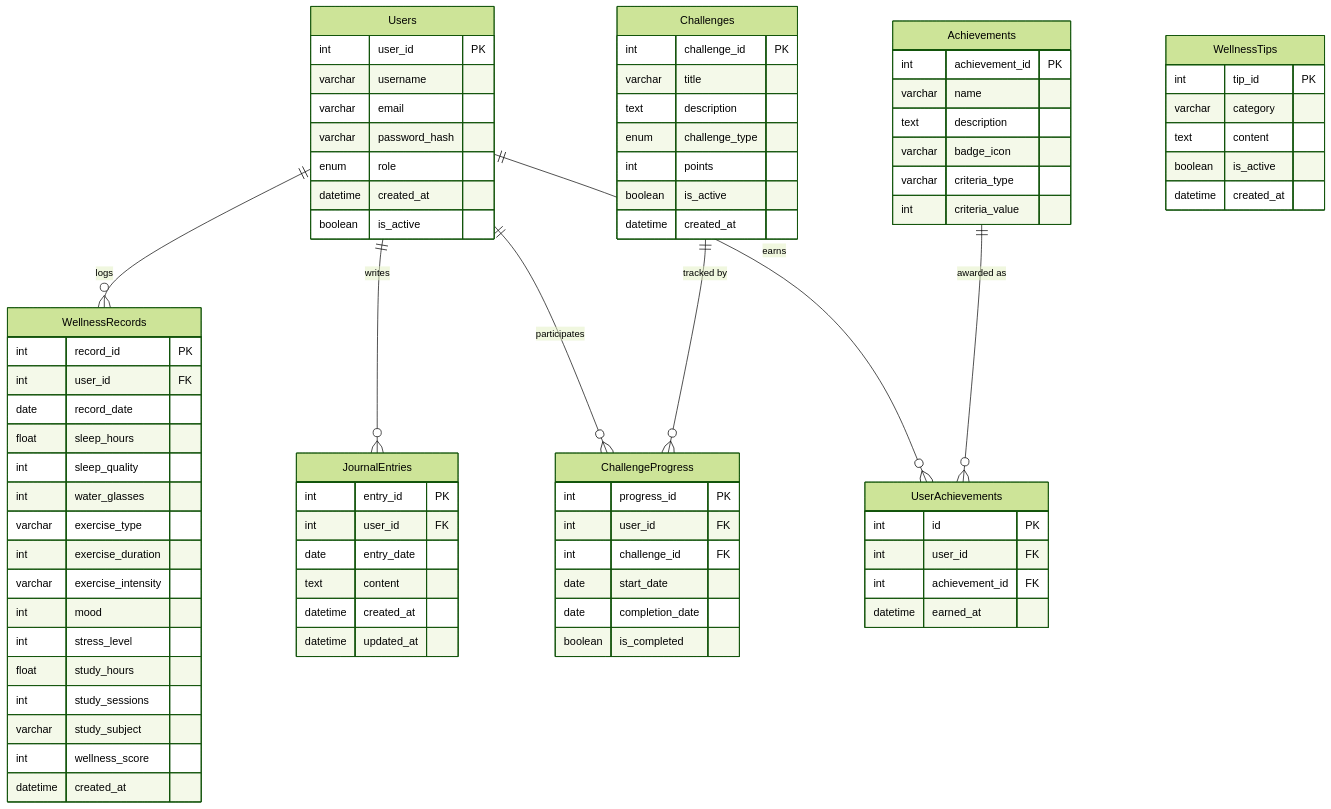
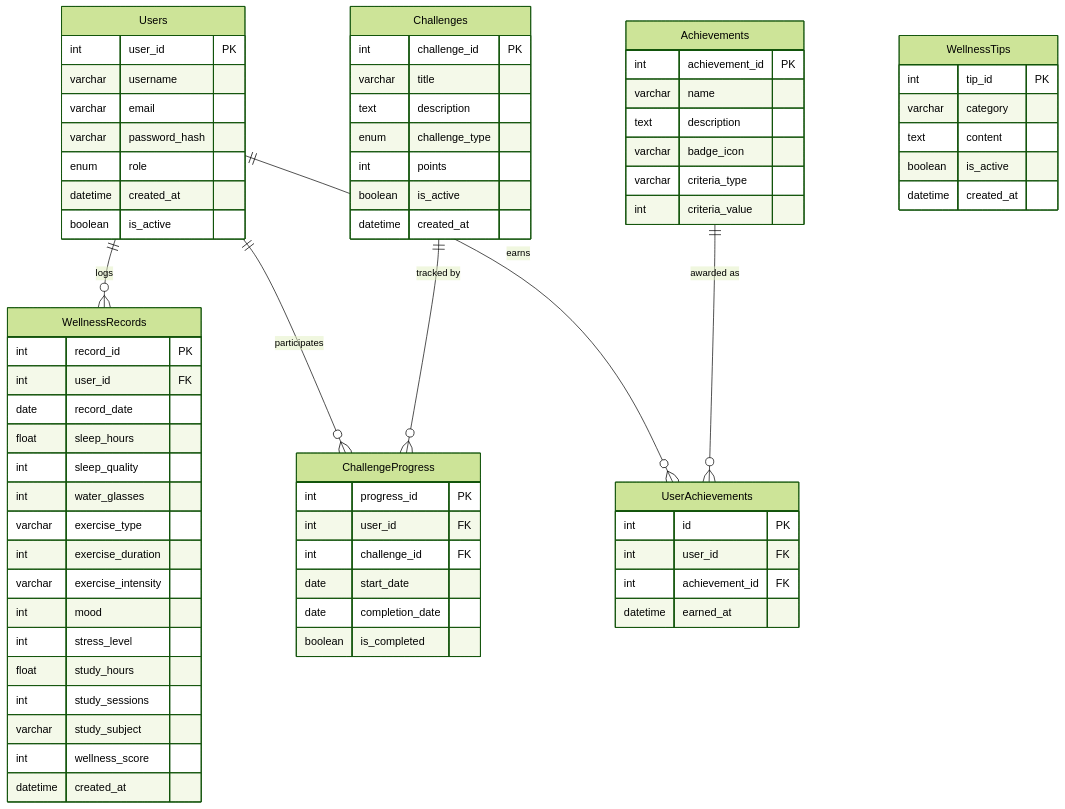
One commit to goxxie08/Wellvia changed the seventh of 8 diagrams in PROJECT_VISION.md. Above: the diagram before and after it, drawn with Mermaid (forest theme). The commit also changed other lines of this file and 2 other files, not shown here.

Commit message:
docs: remove journal feature references

````diff
--- a/PROJECT_VISION.md
+++ b/PROJECT_VISION.md
@@ -740,7 +715,6 @@
 ```mermaid
 erDiagram
     Users ||--o{ WellnessRecords : "logs"
-    Users ||--o{ JournalEntries : "writes"
     Users ||--o{ ChallengeProgress : "participates"
     Users ||--o{ UserAchievements : "earns"
     Challenges ||--o{ ChallengeProgress : "tracked by"
@@ -773,15 +747,6 @@
         varchar study_subject
         int wellness_score
         datetime created_at
-    }
-
-    JournalEntries {
-        int entry_id PK
-        int user_id FK
-        date entry_date
-        text content
-        datetime created_at
-        datetime updated_at
     }
 
     WellnessTips {
````
